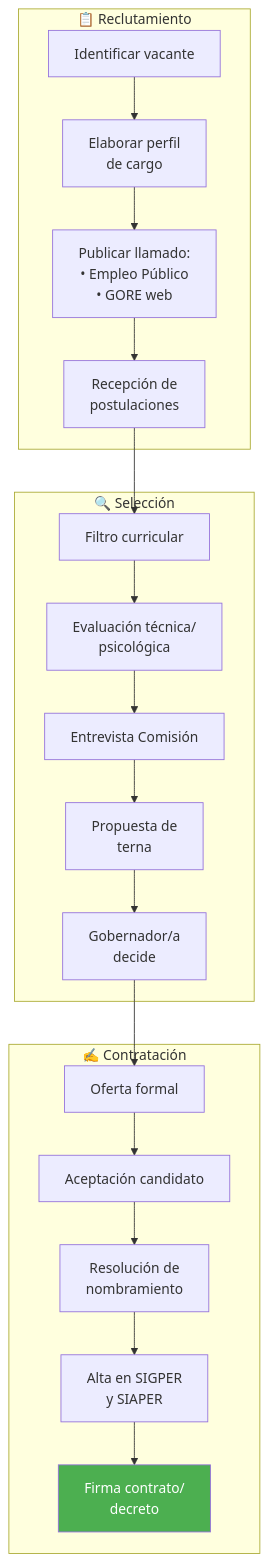
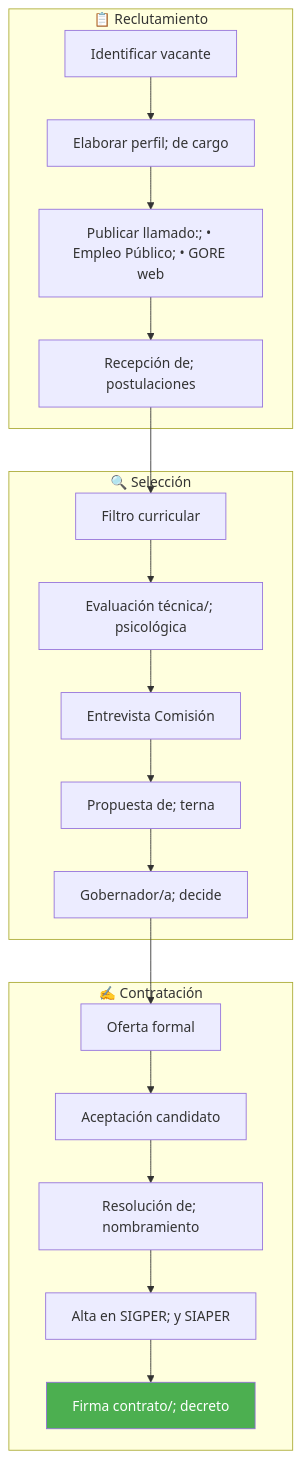
One commit to felix-antonio-sl/kora changed the second of 9 diagrams in drafts/gn/bpmn/bpmn-d07-rrhh.md. Above: the diagram before and after it, drawn with Mermaid. The commit also changed other lines of this file and 265 other files, not shown here.

````diff
--- a/drafts/gn/bpmn/bpmn-d07-rrhh.md
+++ b/drafts/gn/bpmn/bpmn-d07-rrhh.md
@@ -99,25 +99,29 @@
 ```mermaid
 flowchart TD
-    subgraph RECLUTAMIENTO["📋 Reclutamiento"]
-        A["Identificar vacante"]
-        B["Elaborar perfil<br/>de cargo"]
-        C["Publicar llamado:<br/>• Empleo Público<br/>• GORE web"]
-        D["Recepción de<br/>postulaciones"]
-    end
-    subgraph SELECCION["🔍 Selección"]
-        E["Filtro curricular"]
-        F["Evaluación técnica/<br/>psicológica"]
-        G["Entrevista Comisión"]
-        H["Propuesta de<br/>terna"]
-        I["Gobernador/a<br/>decide"]
-    end
-    subgraph CONTRATACION["✍️ Contratación"]
-        J["Oferta formal"]
-        K["Aceptación candidato"]
-        L["Resolución de<br/>nombramiento"]
-        M["Alta en SIGPER<br/>y SIAPER"]
-        N["Firma contrato/<br/>decreto"]
-    end
-    A --> B --> C --> D --> E --> F --> G --> H --> I --> J --> K --> L --> M --> N
-    style N fill:#4CAF50,color:#fff
+ subgraph RECLUTAMIENTO["📋 Reclutamiento"]
+ A["Identificar vacante"]
+ B["Elaborar perfil; de cargo"]
+ C["Publicar llamado:; • Empleo Público; • GORE web"]
+ D["Recepción de; postulaciones"]
+ end
+
+ subgraph SELECCION["🔍 Selección"]
+ E["Filtro curricular"]
+ F["Evaluación técnica/; psicológica"]
+ G["Entrevista Comisión"]
+ H["Propuesta de; terna"]
+ I["Gobernador/a; decide"]
+ end
+
+ subgraph CONTRATACION["✍️ Contratación"]
+ J["Oferta formal"]
+ K["Aceptación candidato"]
+ L["Resolución de; nombramiento"]
+ M["Alta en SIGPER; y SIAPER"]
+ N["Firma contrato/; decreto"]
+ end
+
+ A --> B --> C --> D --> E --> F --> G --> H --> I --> J --> K --> L --> M --> N
+
+ style N fill:#4CAF50,color:#fff
 ```
````
